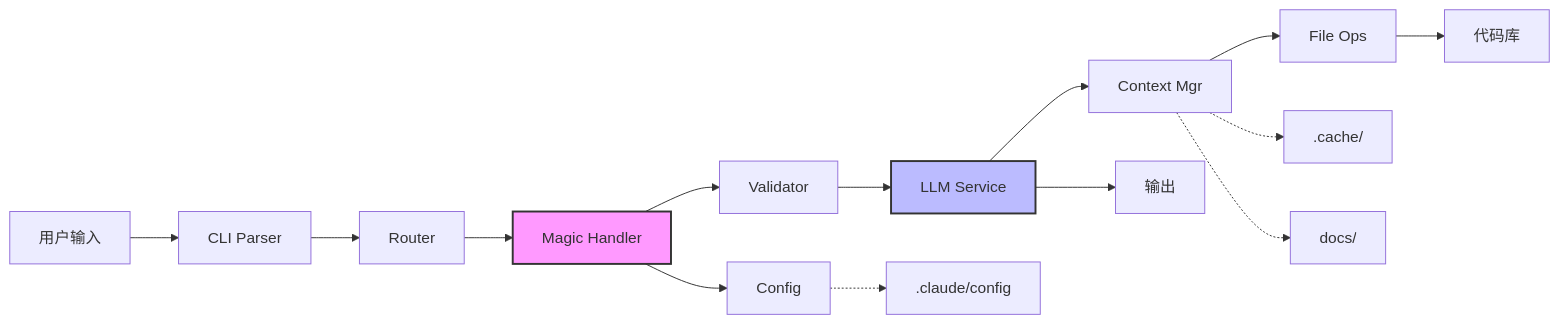
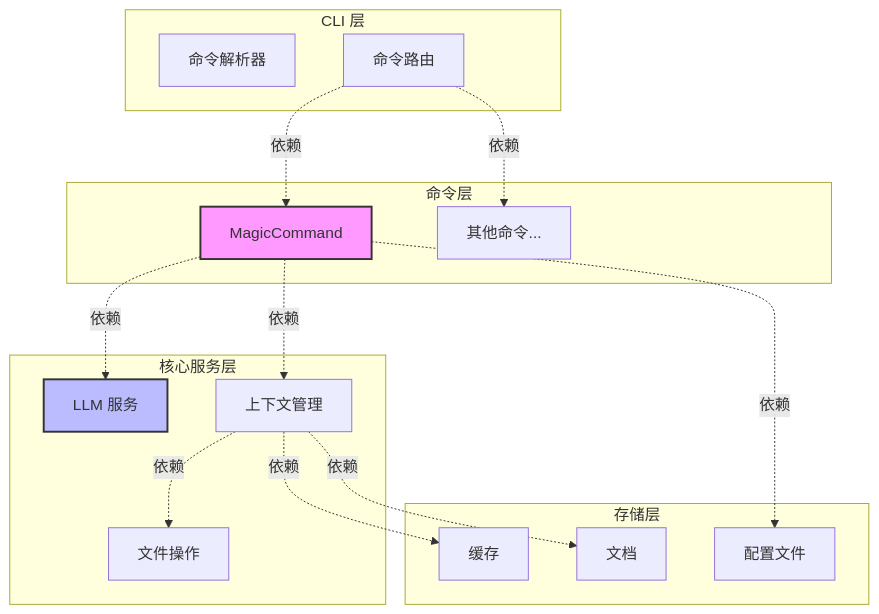
Before and after one commit to Optima-Chat/cc-best-practice: the first of 2 diagrams in README.md, drawn with Mermaid.

Commit message:
修正架构图 - 展示系统结构而非流程
改进：
- 使用分层架构：CLI 层、命令层、核心服务层、存储层
- 虚线箭头表示"依赖"关系，而非数据流
- 清晰展示模块化结构和模块间依赖
- 这是真正的架构图，而非流程图

🤖 Generated with [Claude Code](https://claude.com/claude-code)

````diff
--- a/README.md
+++ b/README.md
@@ -99,18 +99,36 @@
 ```mermaid
-graph LR
-    User[用户输入] --> CLI[CLI Parser] --> Router[Router]
-    Router --> Magic[Magic Handler]
-    Magic --> Validator[Validator]
-    Magic --> Config[Config]
-    Validator --> LLM[LLM Service]
-    LLM --> Context[Context Mgr]
-    Context --> FileOps[File Ops]
-    Config -.-> UserCfg[.claude/config]
-    Context -.-> Cache[.cache/]
-    Context -.-> Docs[docs/]
-    FileOps --> Code[代码库]
-    LLM --> Output[输出]
+graph TB
+    subgraph CLI["CLI 层"]
+        Parser[命令解析器]
+        Router[命令路由]
+    end
+
+    subgraph Commands["命令层"]
+        Magic[MagicCommand]
+        Other[其他命令...]
+    end
+
+    subgraph Core["核心服务层"]
+        LLM[LLM 服务]
+        Context[上下文管理]
+        FileOps[文件操作]
+    end
+
+    subgraph Storage["存储层"]
+        Config[配置文件]
+        Cache[缓存]
+        Docs[文档]
+    end
+
+    Router -.依赖.-> Magic
+    Router -.依赖.-> Other
+    Magic -.依赖.-> LLM
+    Magic -.依赖.-> Context
+    Context -.依赖.-> FileOps
+    Context -.依赖.-> Cache
+    Context -.依赖.-> Docs
+    Magic -.依赖.-> Config
 
     style Magic fill:#f9f,stroke:#333,stroke-width:2px
     style LLM fill:#bbf,stroke:#333,stroke-width:2px
 ```
````
